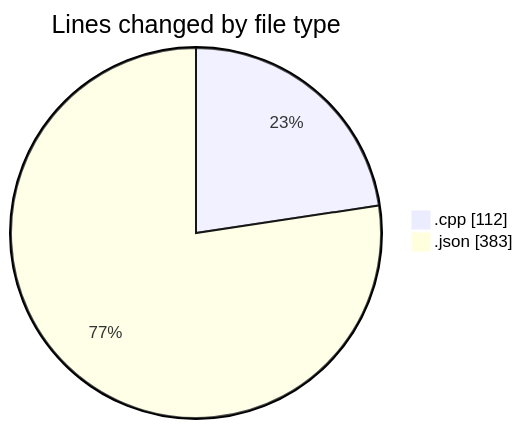
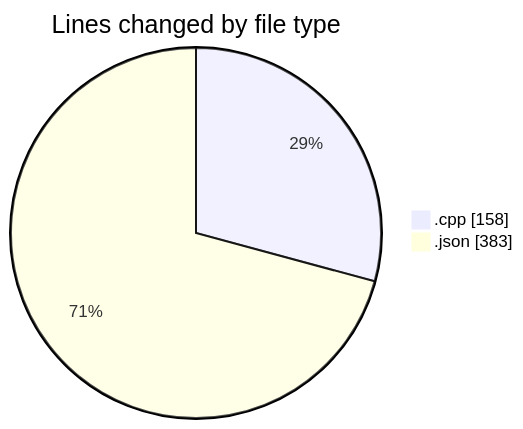
Before and after one commit to Ritupan-Deka/code-tracking: the first of 2 diagrams in 2025-12-08/dsa/README.md, drawn with Mermaid. The commit also changed other lines of this file and 1 other file, not shown here.

````diff
--- a/2025-12-08/dsa/README.md
+++ b/2025-12-08/dsa/README.md
@@ -22,6 +22,6 @@
 ```mermaid
 pie showData
 title Lines changed by file type
-".cpp" : 112
+".cpp" : 158
 ".json" : 383
 ```
````
